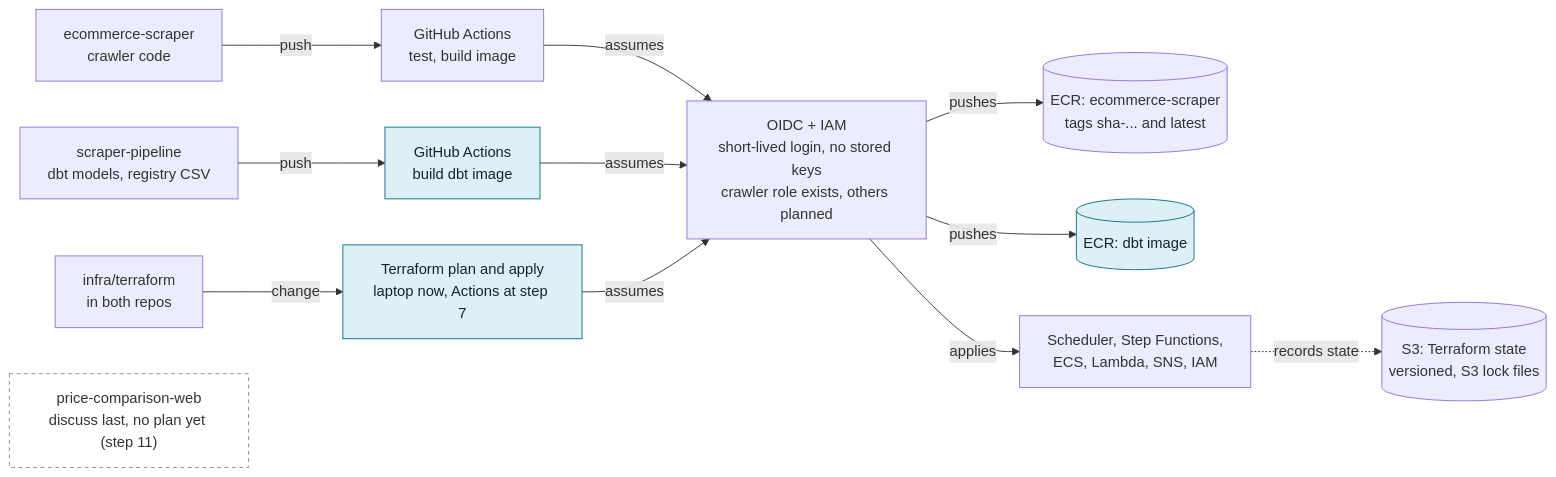
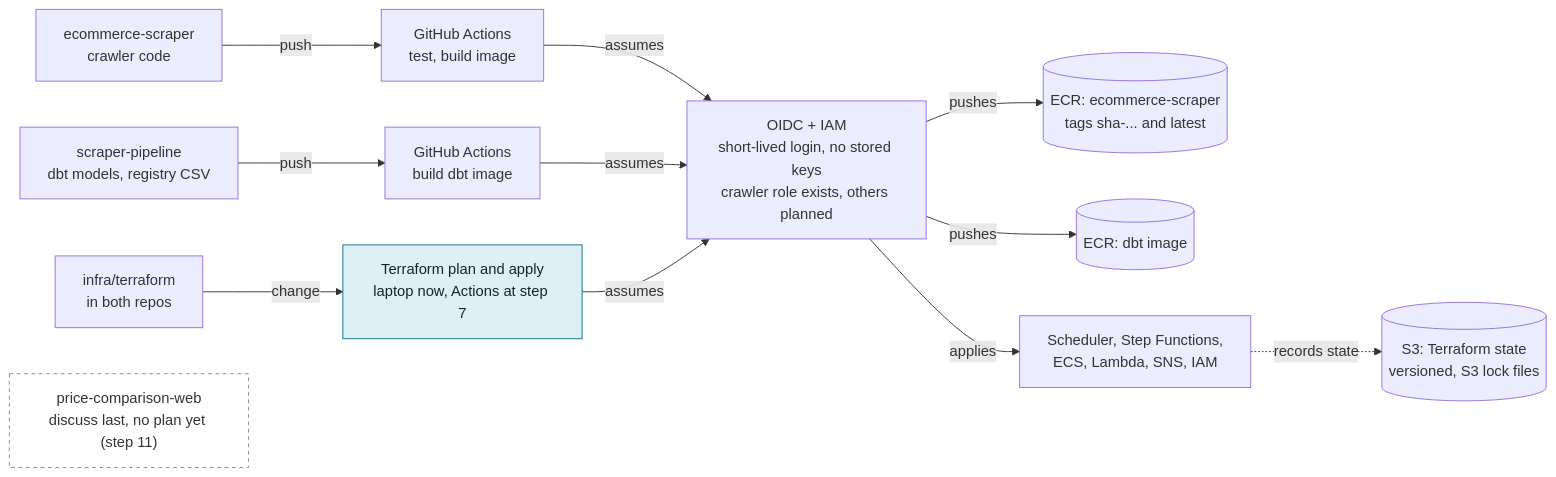
One commit to tareklel/ecommerce-scraper changed the third of 3 diagrams in docs/cicd_architecture.md. Above: the diagram before and after it, drawn with Mermaid. The commit also changed other lines of this file and 2 other files, not shown here.

Commit message:
docs: cloud dbt task built (dev); first run pending

````diff
--- a/docs/cicd_architecture.md
+++ b/docs/cicd_architecture.md
@@ -177,30 +177,30 @@
 ```mermaid
 flowchart LR
   crawler["ecommerce-scraper<br/>crawler code"]
   pipeline["scraper-pipeline<br/>dbt models, registry CSV"]
   infra["infra/terraform<br/>in both repos"]
 
   buildcrawler["GitHub Actions<br/>test, build image"]
-  builddbt["GitHub Actions<br/>build dbt image"]:::planned
+  builddbt["GitHub Actions<br/>build dbt image"]
   applytf["Terraform plan and apply<br/>laptop now, Actions at step 7"]:::planned
 
   oidc["OIDC + IAM<br/>short-lived login, no stored keys<br/>crawler role exists, others planned"]
 
   ecrcrawler[("ECR: ecommerce-scraper<br/>tags sha-... and latest")]
-  ecrdbt[("ECR: dbt image")]:::planned
+  ecrdbt[("ECR: dbt image")]
   awsres["Scheduler, Step Functions,<br/>ECS, Lambda, SNS, IAM"]
   tfstate[("S3: Terraform state<br/>versioned, S3 lock files")]
 
   crawler -->|push| buildcrawler -->|assumes| oidc
   pipeline -->|push| builddbt -->|assumes| oidc
   infra -->|change| applytf -->|assumes| oidc
   oidc -->|pushes| ecrcrawler
   oidc -->|pushes| ecrdbt
   oidc -->|applies| awsres
   awsres -.->|"records state"| tfstate
 
   web["price-comparison-web<br/>discuss last, no plan yet (step 11)"]:::later
 
   classDef planned fill:#ddf0f5,stroke:#0b6f8a,color:#16232d
   classDef later fill:none,stroke:#888888,stroke-dasharray:4 4
 ```
````
